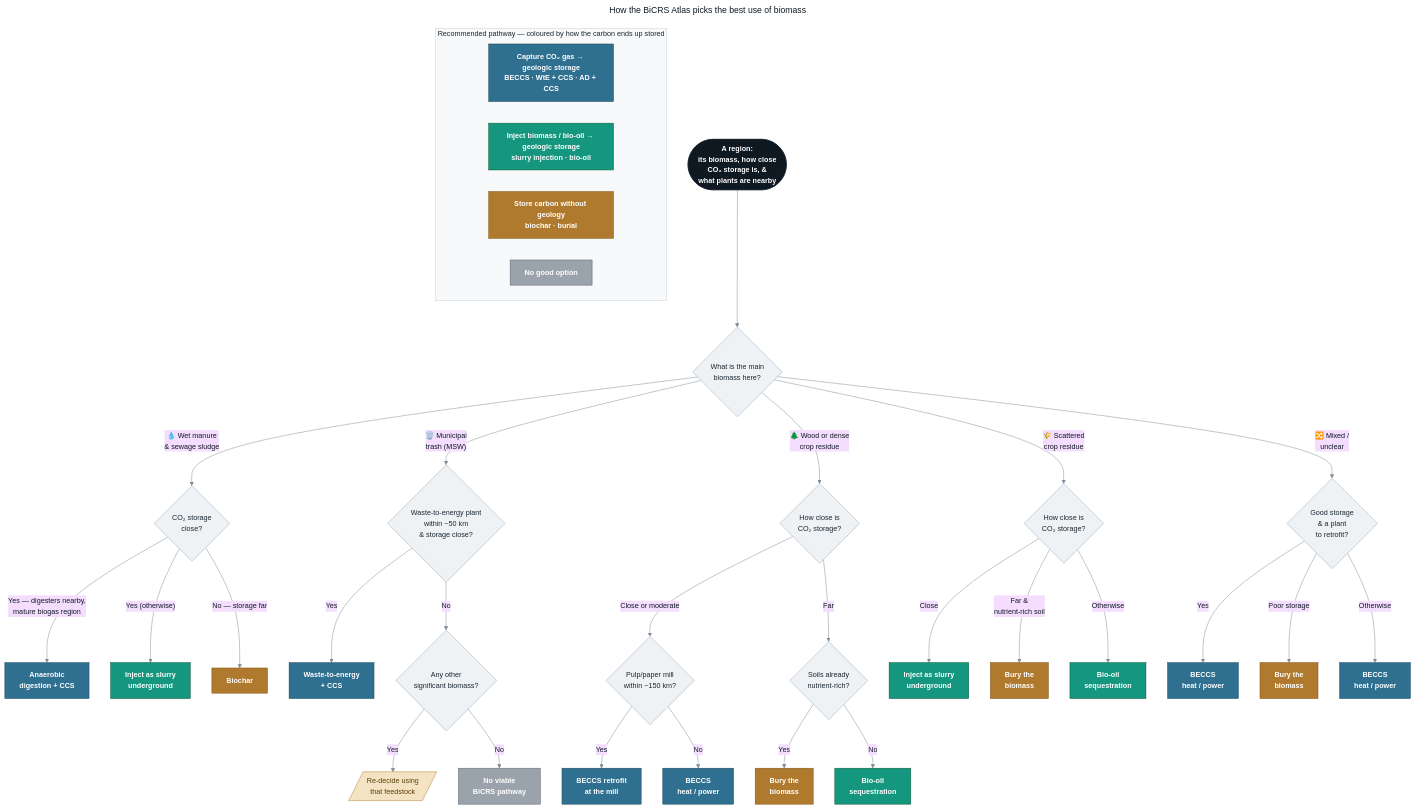
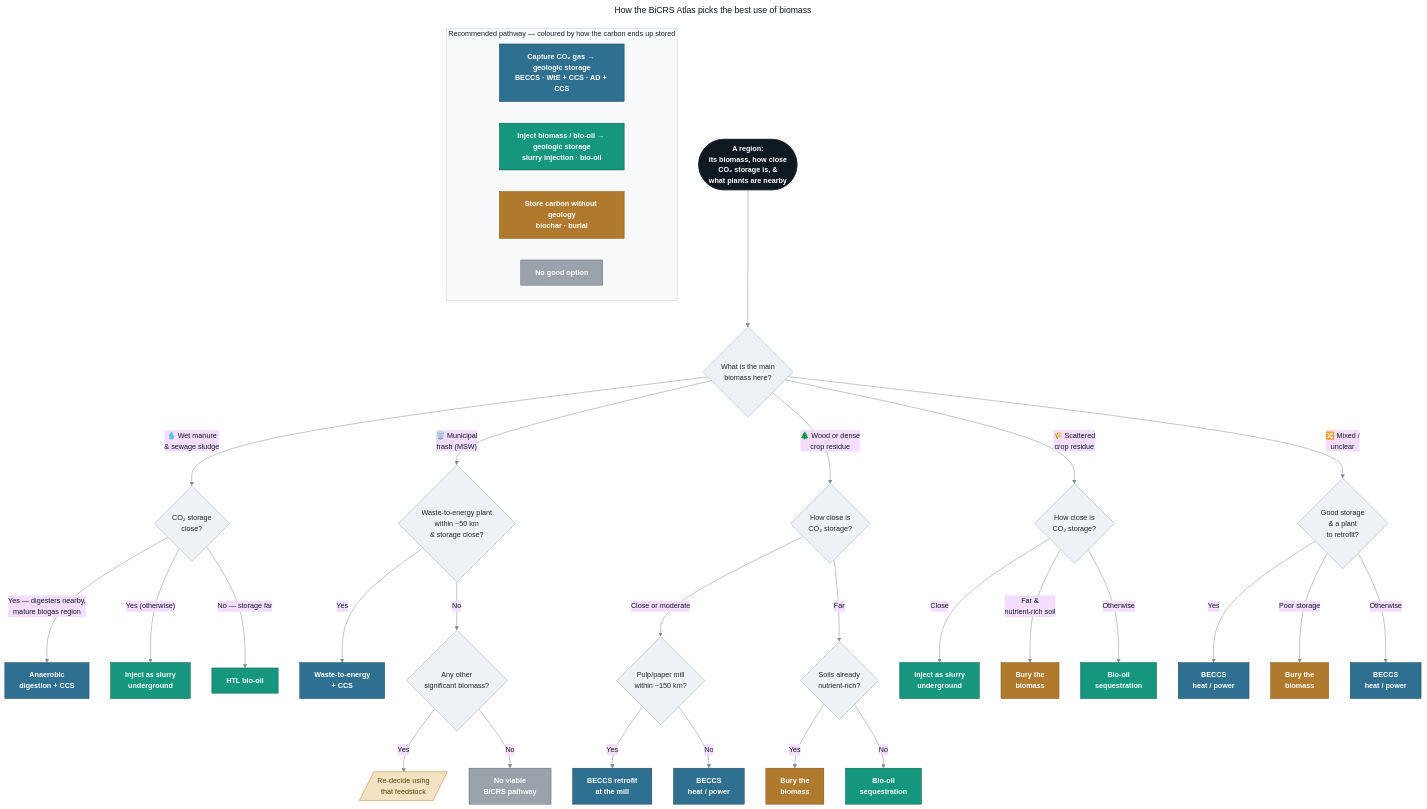
Before and after one commit to hausfath/biomass_map: the diagram in docs/recommendation_flowchart.mmd, drawn with Mermaid. The commit also changed 16 other files, not shown here.

```diff
--- a/docs/recommendation_flowchart.mmd
+++ b/docs/recommendation_flowchart.mmd
@@ -1,81 +1,81 @@
 ---
 title: "How the BiCRS Atlas picks the best use of biomass"
 config:
   theme: base
   flowchart:
     curve: basis
     nodeSpacing: 45
     rankSpacing: 55
   themeVariables:
     fontFamily: "Helvetica, Arial, sans-serif"
     fontSize: "15px"
     lineColor: "#7d8a97"
     primaryTextColor: "#0f1922"
 ---
 flowchart TD
     Start([A region:<br/>its biomass, how close<br/>CO₂ storage is, &<br/>what plants are nearby]) --> DOM{What is the main<br/>biomass here?}
 
     %% ---------- WET ----------
     DOM -->|"💧 Wet manure<br/>& sewage sludge"| M{CO₂ storage<br/>close?}
     M -->|Yes — digesters nearby,<br/>mature biogas region| Mad["Anaerobic<br/>digestion + CCS"]
     M -->|"Yes (otherwise)"| Minj["Inject as slurry<br/>underground"]
-    M -->|"No — storage far"| Mbio["Biochar"]
+    M -->|"No — storage far"| Mbio["HTL bio-oil"]
 
     %% ---------- MSW ----------
     DOM -->|"🗑️ Municipal<br/>trash (MSW)"| W{Waste-to-energy plant<br/>within ~50 km<br/>& storage close?}
     W -->|Yes| Wwte["Waste-to-energy<br/>+ CCS"]
     W -->|No| Wsec{Any other<br/>significant biomass?}
     Wsec -->|Yes| Wre[/"Re-decide using<br/>that feedstock"/]
     Wsec -->|No| Wnone["No viable<br/>BiCRS pathway"]
 
     %% ---------- WOODY / DENSE DRY ----------
     DOM -->|"🌲 Wood or dense<br/>crop residue"| C{How close is<br/>CO₂ storage?}
     C -->|Close or moderate| Cmill{Pulp/paper mill<br/>within ~150 km?}
     Cmill -->|Yes| Cpp["BECCS retrofit<br/>at the mill"]
     Cmill -->|No| Cbe["BECCS<br/>heat / power"]
     C -->|Far| Cpoor{Soils already<br/>nutrient-rich?}
     Cpoor -->|Yes| Cbur["Bury the<br/>biomass"]
     Cpoor -->|No| Cbo["Bio-oil<br/>sequestration"]
 
     %% ---------- DIFFUSE DRY ----------
     DOM -->|"🌾 Scattered<br/>crop residue"| D{How close is<br/>CO₂ storage?}
     D -->|Close| Dinj["Inject as slurry<br/>underground"]
     D -->|"Far &<br/>nutrient-rich soil"| Dbur["Bury the<br/>biomass"]
     D -->|Otherwise| Dbo["Bio-oil<br/>sequestration"]
 
     %% ---------- MIXED ----------
     DOM -->|"🔀 Mixed /<br/>unclear"| F{Good storage<br/>& a plant<br/>to retrofit?}
     F -->|Yes| Fbe["BECCS<br/>heat / power"]
     F -->|Poor storage| Fbur["Bury the<br/>biomass"]
     F -->|Otherwise| Fbe2["BECCS<br/>heat / power"]
 
     %% ---------- legend ----------
     subgraph Legend["Recommended pathway — coloured by how the carbon ends up stored"]
         direction LR
         L1["Capture CO₂ gas → geologic storage<br/>BECCS · WtE + CCS · AD + CCS"]
         L2["Inject biomass / bio-oil → geologic storage<br/>slurry injection · bio-oil"]
         L3["Store carbon without geology<br/>biochar · burial"]
         L4["No good option"]
     end
 
     %% ---------- styles ----------
     classDef start fill:#0f1922,stroke:#0f1922,color:#ffffff,font-weight:bold;
     classDef q fill:#eef2f5,stroke:#9aa7b2,color:#1c2730;
     classDef geo fill:#2f6f8f,stroke:#1d4859,color:#ffffff,font-weight:bold;
     classDef inj fill:#15967f,stroke:#0d5530,color:#ffffff,font-weight:bold;
     classDef store fill:#b07a2e,stroke:#7a5012,color:#ffffff,font-weight:bold;
     classDef none fill:#9aa3ac,stroke:#5b636b,color:#ffffff,font-weight:bold;
     classDef reroute fill:#f3e3c2,stroke:#b07a2e,color:#5a3d0a;
 
     class Start start;
     class DOM,M,W,Wsec,C,Cmill,Cpoor,D,F q;
     class Cpp,Cbe,Fbe,Fbe2,Wwte,Mad geo;
-    class Minj,Dinj,Cbo,Dbo inj;
-    class Mbio,Cbur,Dbur,Fbur store;
+    class Minj,Dinj,Cbo,Dbo,Mbio inj;
+    class Cbur,Dbur,Fbur store;
     class Wnone none;
     class Wre reroute;
     class L1 geo;
     class L2 inj;
     class L3 store;
     class L4 none;
     style Legend fill:#f7f9fa,stroke:#c7d0d8,color:#1c2730;
```
